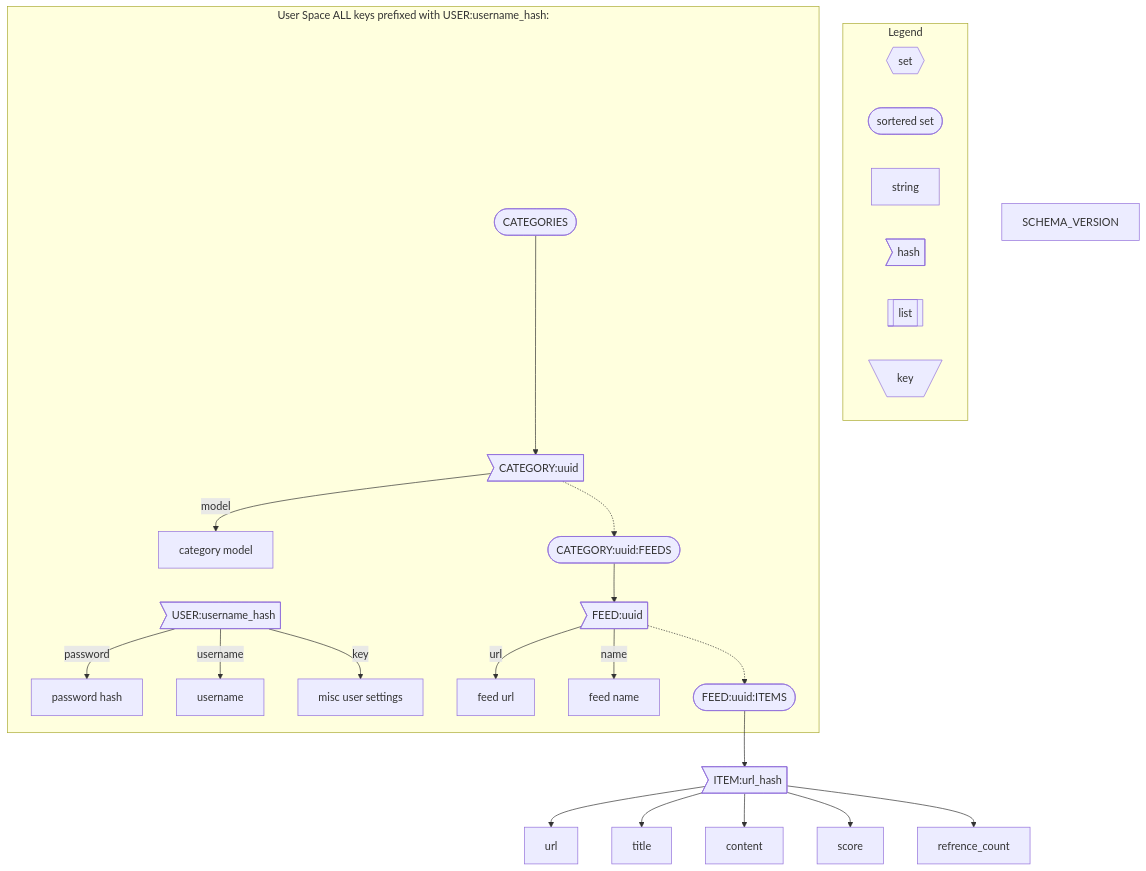
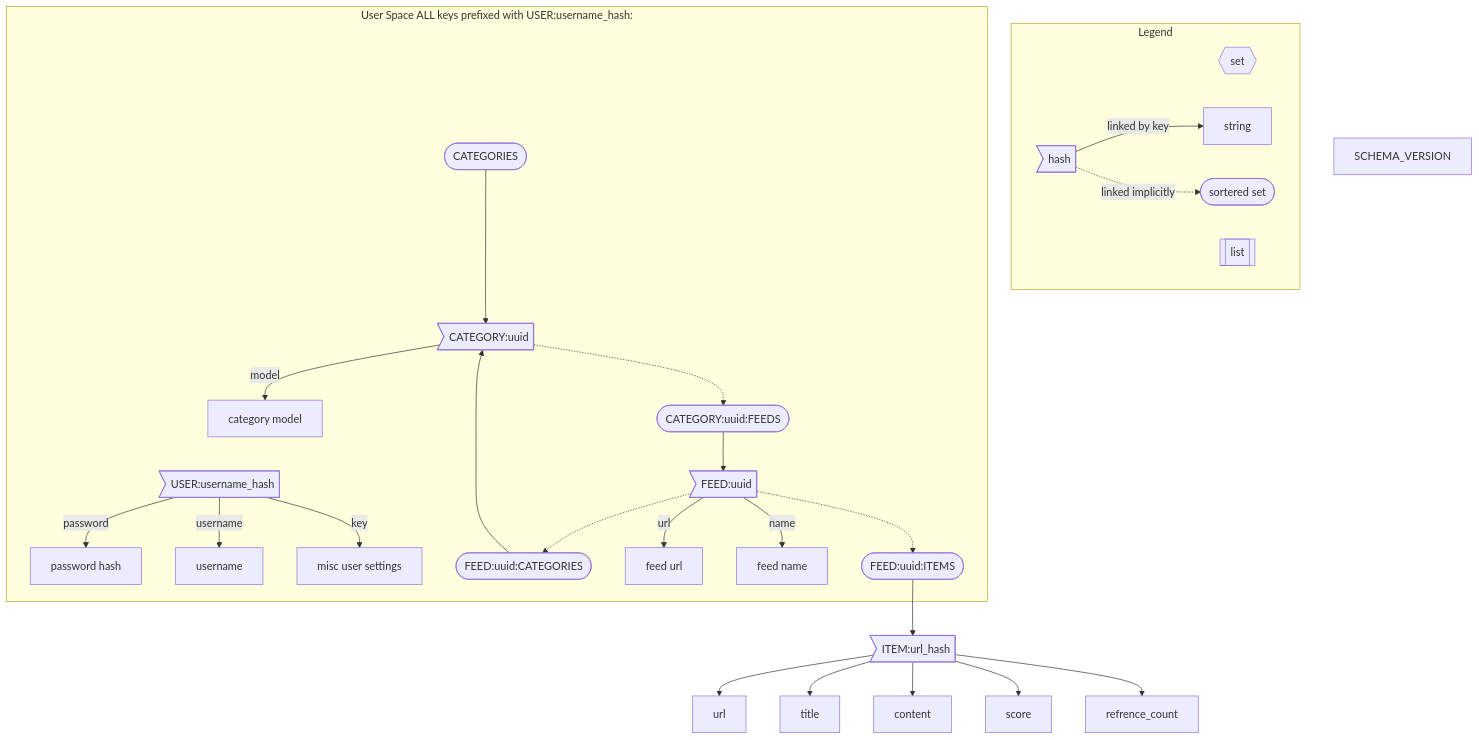
One commit to mullinmax/aggy changed the diagram in README.md. Above: the diagram before and after it, drawn with Mermaid. The commit also changed 4 other files, not shown here.

````diff
--- a/README.md
+++ b/README.md
@@ -24,50 +24,55 @@
 ```mermaid
 flowchart TB
 
     subgraph Legend
         direction LR
         set{{set}}
-        ordered_set([sortered set])
+        sorted_set([sortered set])
         string[string]
         hash>hash]
         list[[list]]
-        key[\key/]
+        hash --linked by key-->string
+        hash -.linked implicitly.-> sorted_set
     end
 
     subgraph User Space ALL keys prefixed with USER:username_hash:
         user>USER:username_hash] 
         user--password--> password_hash[password hash]
         user--username--> username[username]
         user--key-->misc_user_settings[misc user settings]
         
         categories([CATEGORIES])
         category>CATEGORY:uuid]
         category_model[category model]
         category_feeds([CATEGORY:uuid:FEEDS])
+        feed_categories([FEED:uuid:CATEGORIES])
         feed>FEED:uuid]
         feed_url[feed url]
         feed_name[feed name]
         items([FEED:uuid:ITEMS])
 
         
         categories --> category
         
         category --model--> category_model
         category -.-> category_feeds
         category_feeds --> feed
+        feed -.-> feed_categories
+        feed_categories --> category
         feed --url--> feed_url
         feed --name--> feed_name
         feed -.-> items
+
         
     end
 
     items-->item
     item>ITEM:url_hash]
     item-->url
     item-->title
     item-->content
     item-->score
     item-->refrence_count
     schema_version[SCHEMA_VERSION]
 
 ```
````
